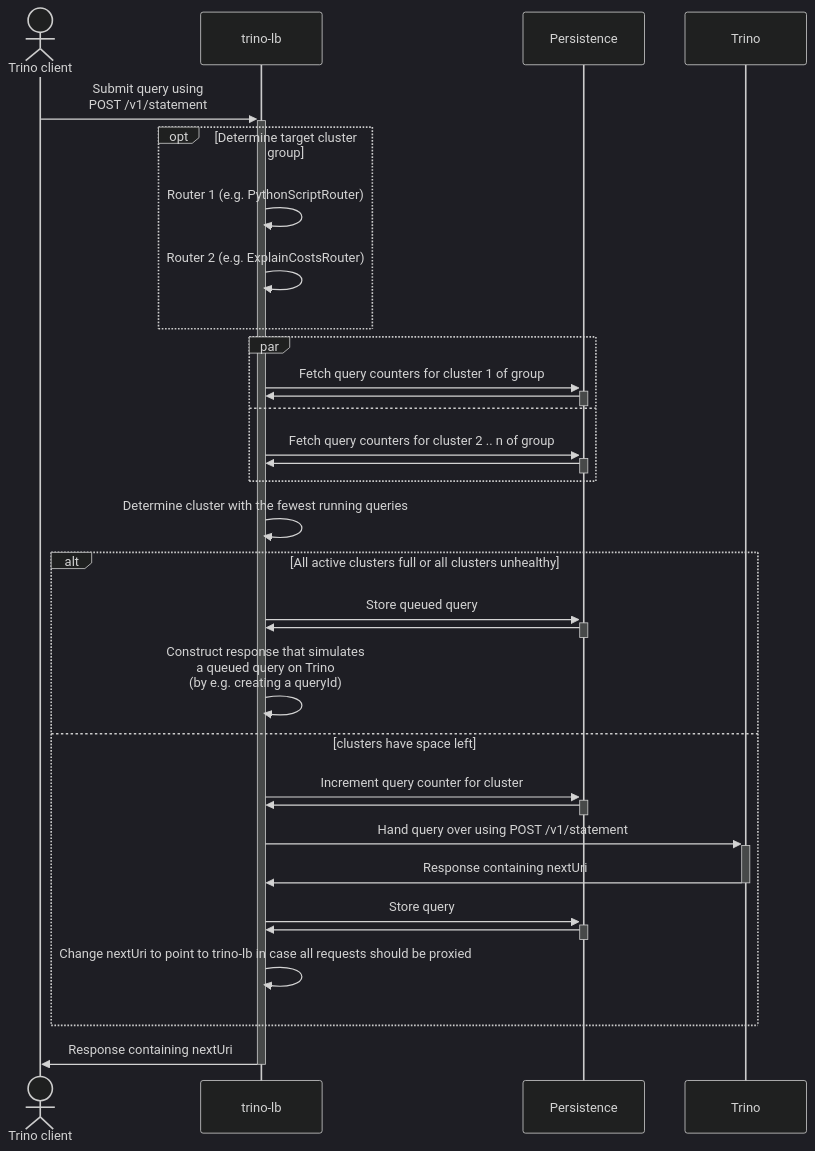
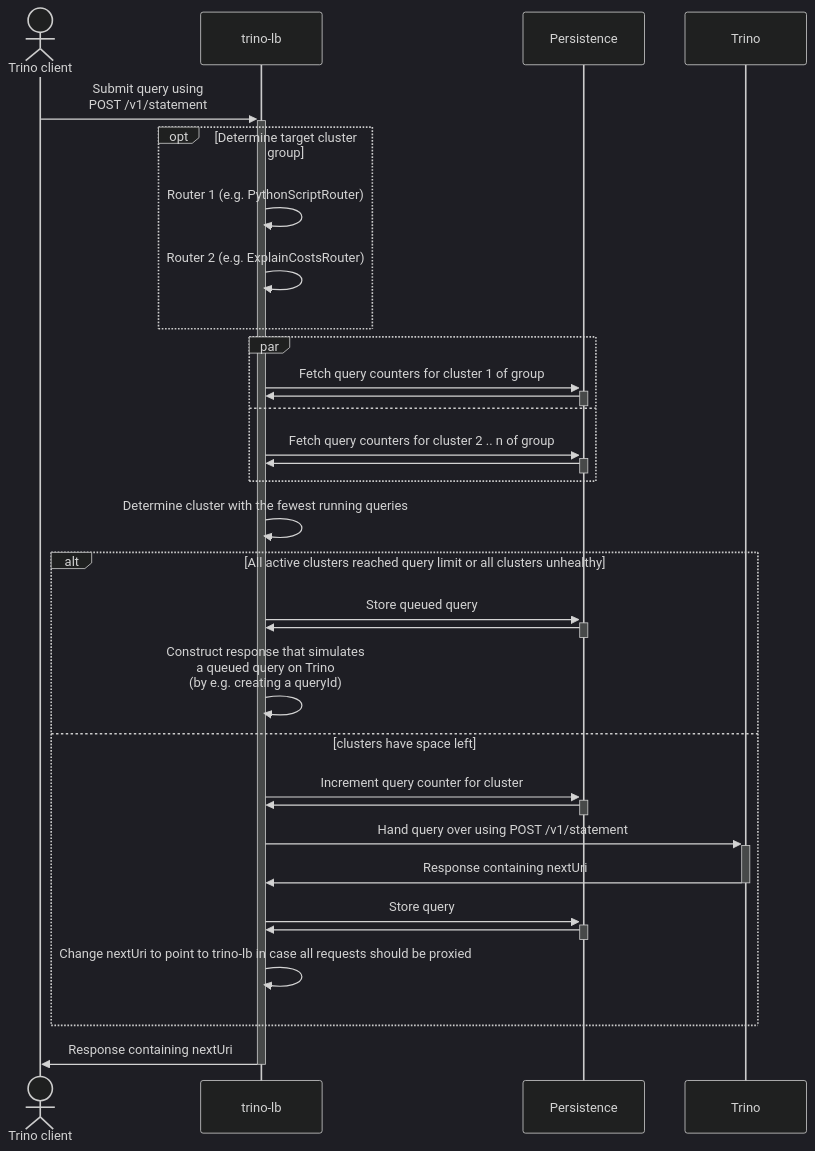
The second of 2 diagrams in docs/design.md (stackabletech/trino-lb), drawn with Mermaid (dark theme) before and after one commit.

````diff
--- a/docs/design.md
+++ b/docs/design.md
@@ -162,43 +162,43 @@
 ```mermaid
 sequenceDiagram
     actor client as Trino client
     participant lb as trino-lb
     participant persistence as Persistence
     participant trino as Trino
 
     client ->>+ lb: Submit query using <br/> POST /v1/statement
     opt Determine target cluster group
         lb ->> lb: Router 1 (e.g. PythonScriptRouter)
         lb ->> lb: Router 2 (e.g. ExplainCostsRouter)
     end
 
     par
         lb ->>+ persistence: Fetch query counters for cluster 1 of group
         persistence ->>- lb: # Don't strip space
     and
         lb ->>+ persistence: Fetch query counters for cluster 2 .. n of group
         persistence ->>- lb: # Don't strip space
     end
 
     lb ->> lb: Determine cluster with the fewest running queries
 
-    alt All active clusters full or all clusters unhealthy
+    alt All active clusters reached query limit or all clusters unhealthy
         lb ->>+ persistence: Store queued query
         persistence ->>- lb: # Don't strip space
 
         lb ->> lb: Construct response that simulates <br/> a queued query on Trino <br/> (by e.g. creating a queryId)
     else clusters have space left
         lb ->>+ persistence: Increment query counter for cluster
         persistence ->>- lb: # Don't strip space
 
         lb ->>+ trino: Hand query over using POST /v1/statement
         trino ->>- lb: Response containing nextUri
 
         lb ->>+ persistence: Store query
         persistence ->>- lb: # Don't strip space
 
         lb ->> lb: Change nextUri to point to trino-lb in case all requests should be proxied
     end
 
     lb ->>- client: Response containing nextUri
 ```
````
